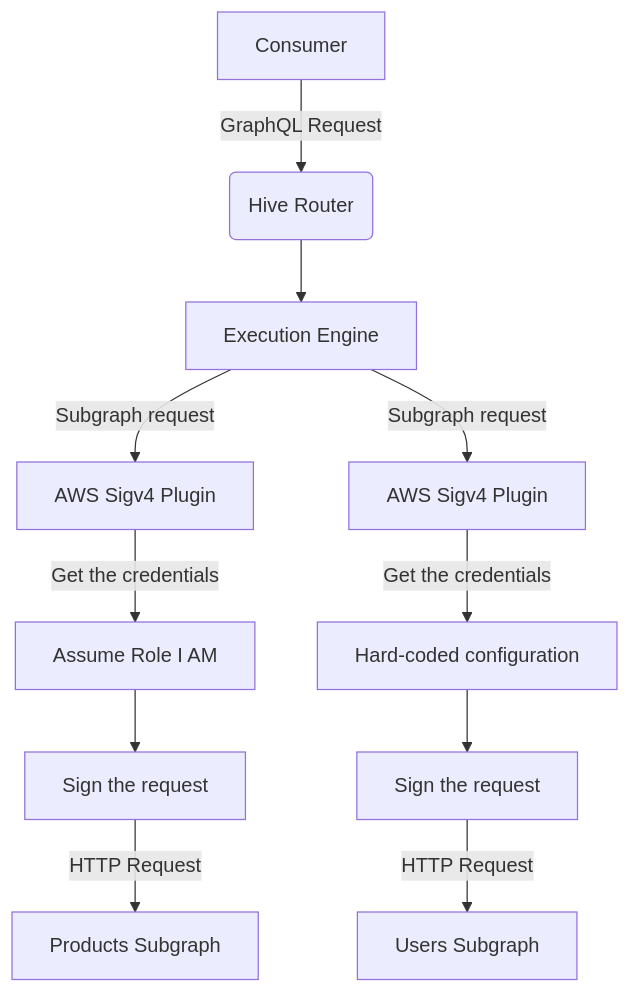
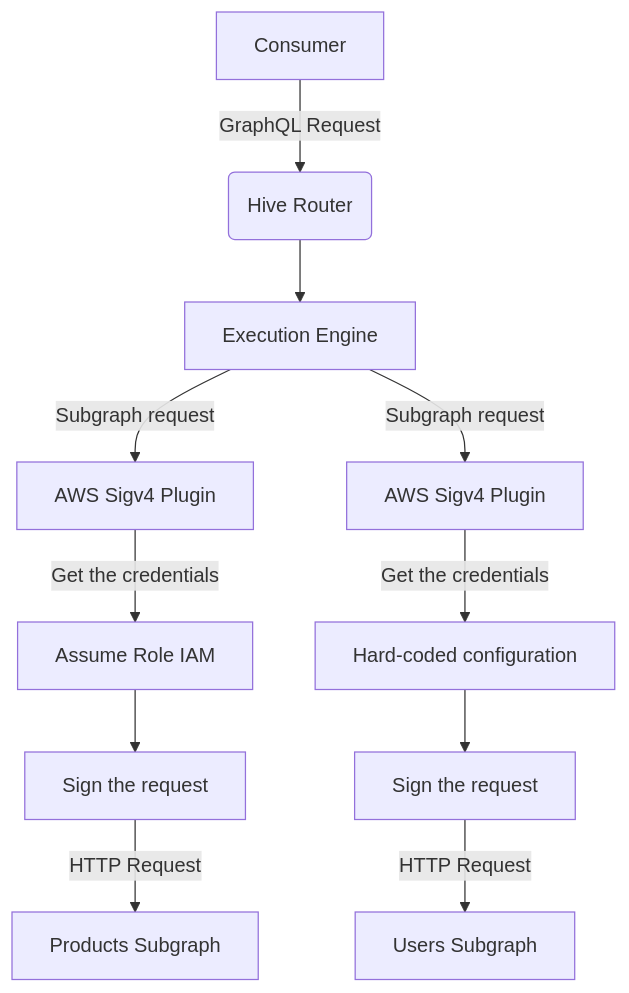
The second of 2 diagrams in packages/web/docs/src/content/router/security/subgraph-auth.mdx (graphql-hive/console), drawn with Mermaid before and after one commit.

````diff
--- a/packages/web/docs/src/content/router/security/subgraph-auth.mdx
+++ b/packages/web/docs/src/content/router/security/subgraph-auth.mdx
@@ -221,13 +221,13 @@
 ```mermaid
 flowchart TD
     A[Consumer] -->|GraphQL Request| B(Hive Router)
     B --> C[Execution Engine]
     C -->|Subgraph request| D[AWS Sigv4 Plugin]
-    D --> |Get the credentials| E[Assume Role I AM]
+    D --> |Get the credentials| E[Assume Role IAM]
     E --> F[Sign the request]
     F --> |HTTP Request| G[Products Subgraph]
     C -->|Subgraph request| H[AWS Sigv4 Plugin]
     H --> |Get the credentials| I[Hard-coded configuration]
     I --> J[Sign the request]
     J --> |HTTP Request| K[Users Subgraph]
 ```
````
